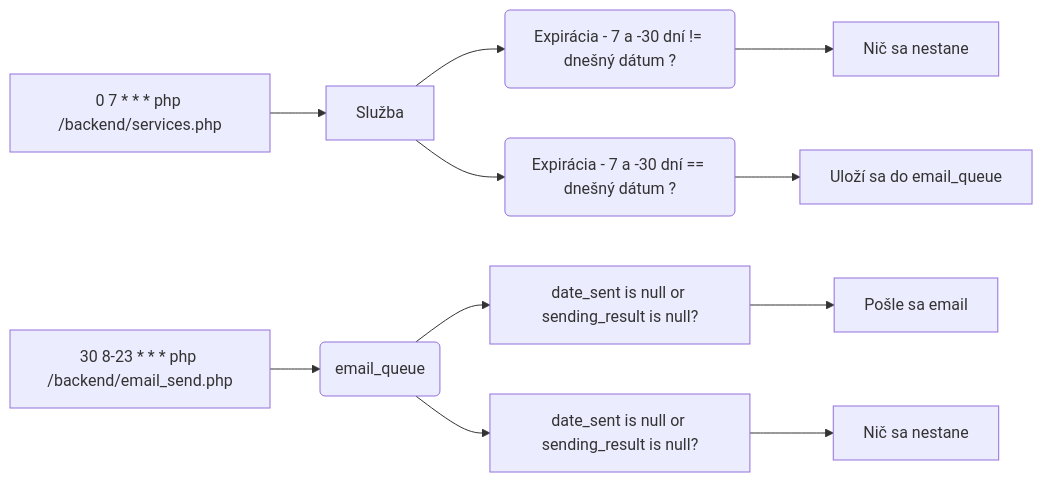
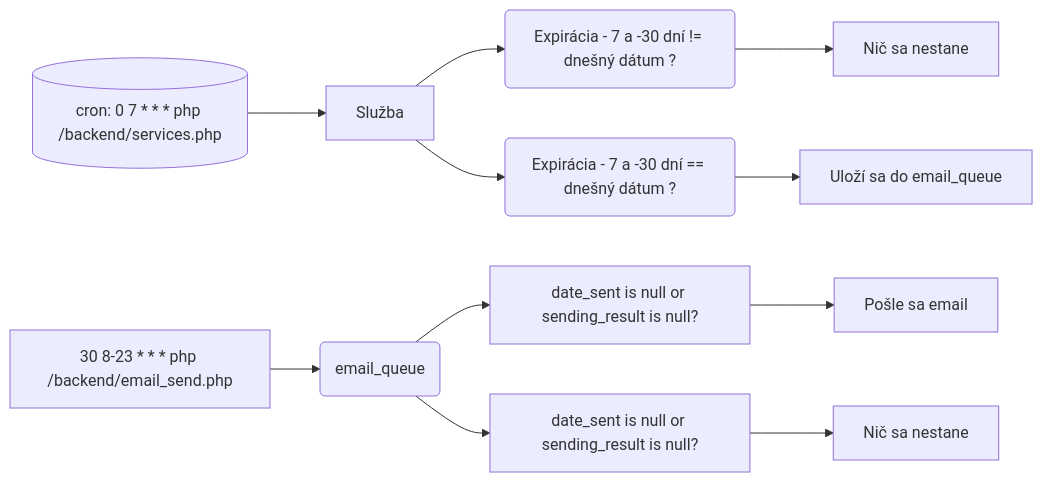
The diagram in readme.md (tomigar/EmailNotifications), drawn with Mermaid before and after one commit.

Commit message:
(*) cron popis

````diff
--- a/readme.md
+++ b/readme.md
@@ -3,11 +3,11 @@
 ```mermaid
 graph LR
-X[0 7 * * * php /backend/services.php] -->
+X[(cron: 0 7 * * * php /backend/services.php)] -->
 A[Služba] --> B(Expirácia - 7 a -30 dní != dnešný dátum ?)
 B --> C[Nič sa nestane]
 A --> D(Expirácia - 7 a -30 dní == dnešný dátum ?)
 D --> E[Uloží sa do email_queue]
 
 F[30 8-23 * * * php /backend/email_send.php]-->G(email_queue)-->H[date_sent is null or sending_result is null?]-->I[Pošle sa email]
 G-->J[date_sent is null or sending_result is null?]-->K[Nič sa nestane]
 ```
````
